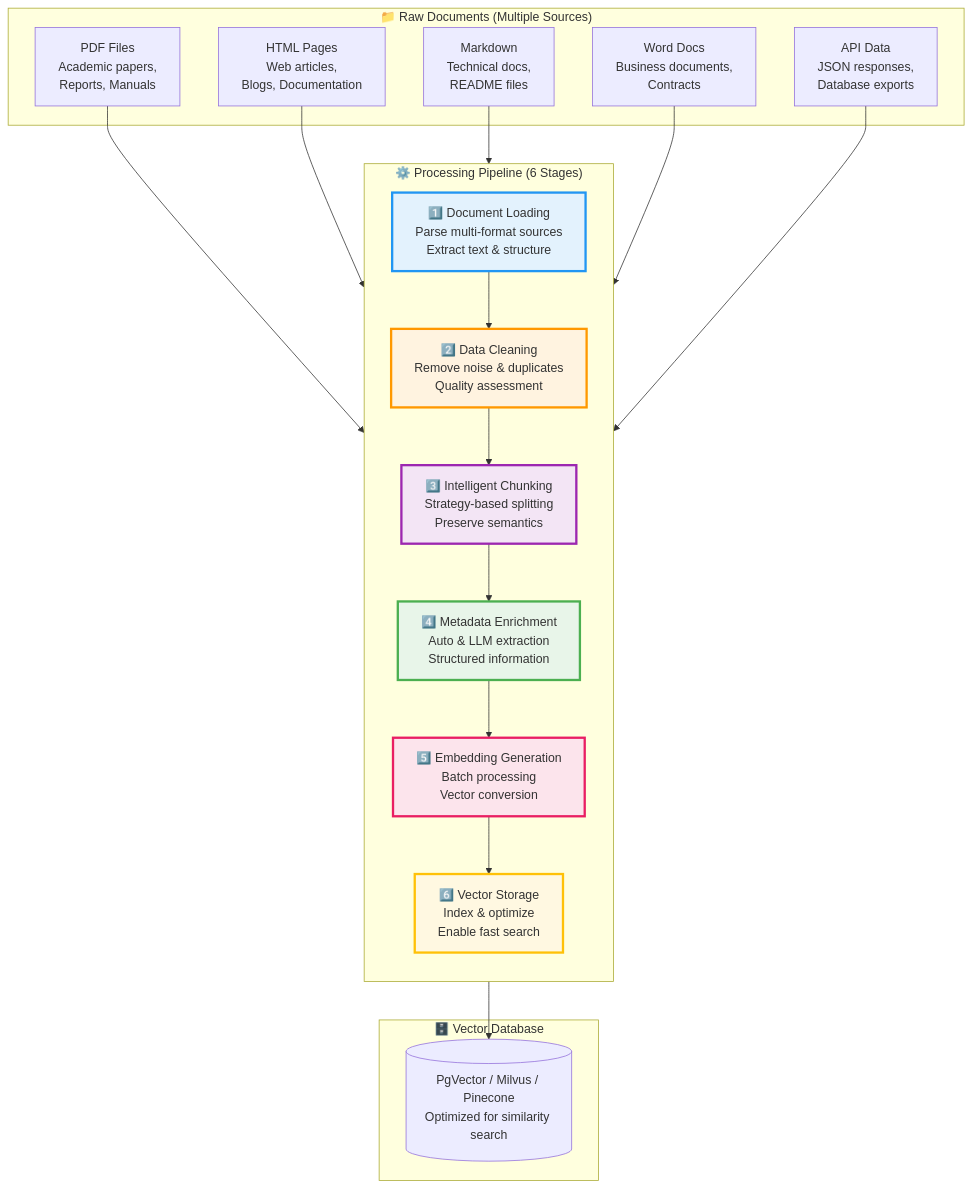
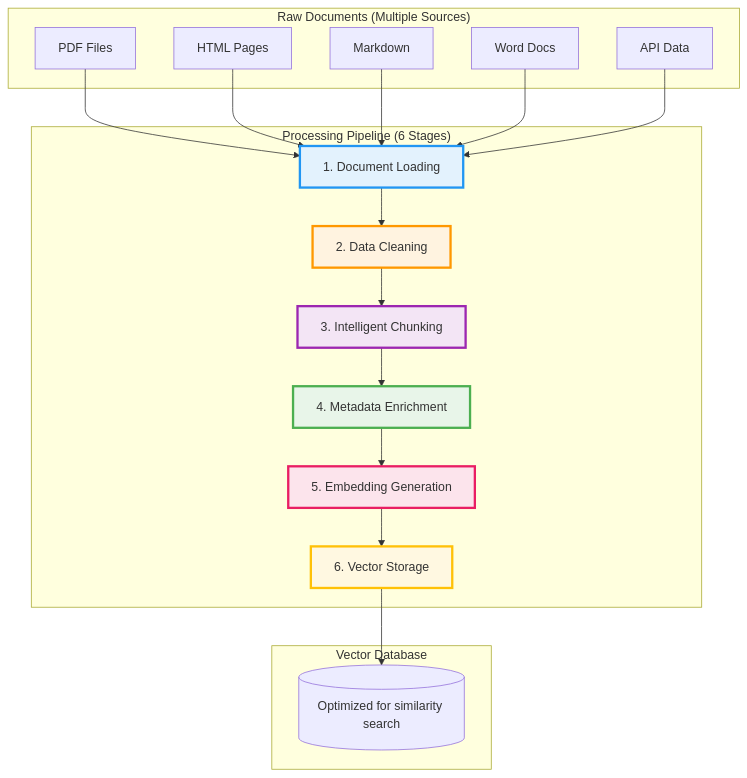
Before and after one commit to YiWang24/AiDIY: the first of 3 diagrams in docs/ai/rag/02-data-processing.mdx, drawn with Mermaid. The commit also changed other lines of this file and 10 other files, not shown here.

First line of the commit message:
docs: enhance RAG documentation and fix Mermaid diagrams

````diff
--- a/docs/ai/rag/02-data-processing.mdx
+++ b/docs/ai/rag/02-data-processing.mdx
@@ -30,44 +30,43 @@
 ```mermaid
 flowchart TB
-    subgraph Input["📁 Raw Documents (Multiple Sources)"]
-        PDF[PDF Files<br/>Academic papers,<br/>Reports, Manuals]
-        HTML[HTML Pages<br/>Web articles,<br/>Blogs, Documentation]
-        MD[Markdown<br/>Technical docs,<br/>README files]
-        DOCX[Word Docs<br/>Business documents,<br/>Contracts]
-        API[API Data<br/>JSON responses,<br/>Database exports]
+    subgraph Input["Raw Documents (Multiple Sources)"]
+        PDF[PDF Files]
+        HTML[HTML Pages]
+        MD[Markdown]
+        DOCX[Word Docs]
+        API[API Data]
     end
 
-    subgraph Processing["⚙️ Processing Pipeline (6 Stages)"]
-        direction TB
-        Load[1️⃣ Document Loading<br/>Parse multi-format sources<br/>Extract text & structure]
-        Clean[2️⃣ Data Cleaning<br/>Remove noise & duplicates<br/>Quality assessment]
-        Chunk[3️⃣ Intelligent Chunking<br/>Strategy-based splitting<br/>Preserve semantics]
-        Metadata[4️⃣ Metadata Enrichment<br/>Auto & LLM extraction<br/>Structured information]
-        Embed[5️⃣ Embedding Generation<br/>Batch processing<br/>Vector conversion]
-        Store[6️⃣ Vector Storage<br/>Index & optimize<br/>Enable fast search]
+    subgraph Processing["Processing Pipeline (6 Stages)"]
+        Load[1. Document Loading]
+        Clean[2. Data Cleaning]
+        Chunk[3. Intelligent Chunking]
+        Metadata[4. Metadata Enrichment]
+        Embed[5. Embedding Generation]
+        Store[6. Vector Storage]
     end
 
-    subgraph Output["🗄️ Vector Database"]
-        Vector[(PgVector / Milvus / Pinecone<br/>Optimized for similarity search)]
+    subgraph Output["Vector Database"]
+        Vector[(Optimized for similarity search)]
     end
 
     PDF --> Load
     HTML --> Load
     MD --> Load
     DOCX --> Load
     API --> Load
 
     Load --> Clean
     Clean --> Chunk
     Chunk --> Metadata
     Metadata --> Embed
     Embed --> Store
     Store --> Vector
 
     style Load fill:#e3f2fd,stroke:#2196f3,stroke-width:3px
     style Clean fill:#fff3e0,stroke:#ff9800,stroke-width:3px
     style Chunk fill:#f3e5f5,stroke:#9c27b0,stroke-width:3px
     style Metadata fill:#e8f5e9,stroke:#4caf50,stroke-width:3px
     style Embed fill:#fce4ec,stroke:#e91e63,stroke-width:3px
     style Store fill:#fff8e1,stroke:#ffc107,stroke-width:3px
 ```
````
